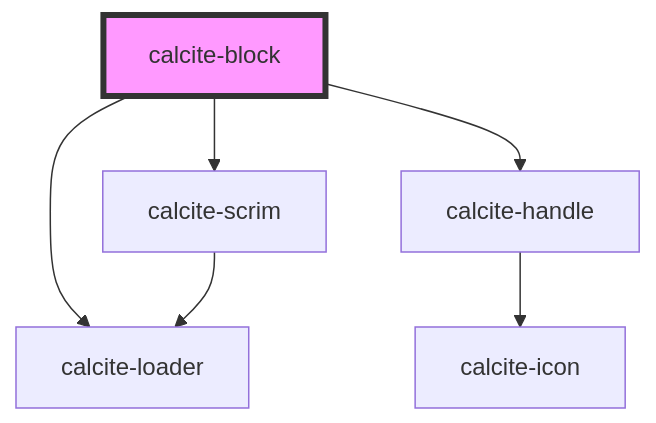
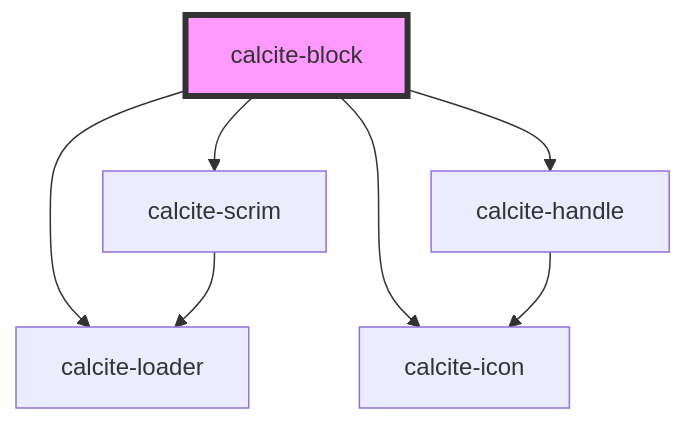
Before and after one commit to vikivakarvc/calcite-design-system: the diagram in src/components/calcite-block/readme.md, drawn with Mermaid. The commit also changed other lines of this file and 60 other files, not shown here.

````diff
--- a/src/components/calcite-block/readme.md
+++ b/src/components/calcite-block/readme.md
@@ -98,9 +98,10 @@
 ```mermaid
 graph TD;
   calcite-block --> calcite-scrim
   calcite-block --> calcite-handle
+  calcite-block --> calcite-icon
   calcite-block --> calcite-loader
   calcite-scrim --> calcite-loader
   calcite-handle --> calcite-icon
   style calcite-block fill:#f9f,stroke:#333,stroke-width:4px
 ```
````
